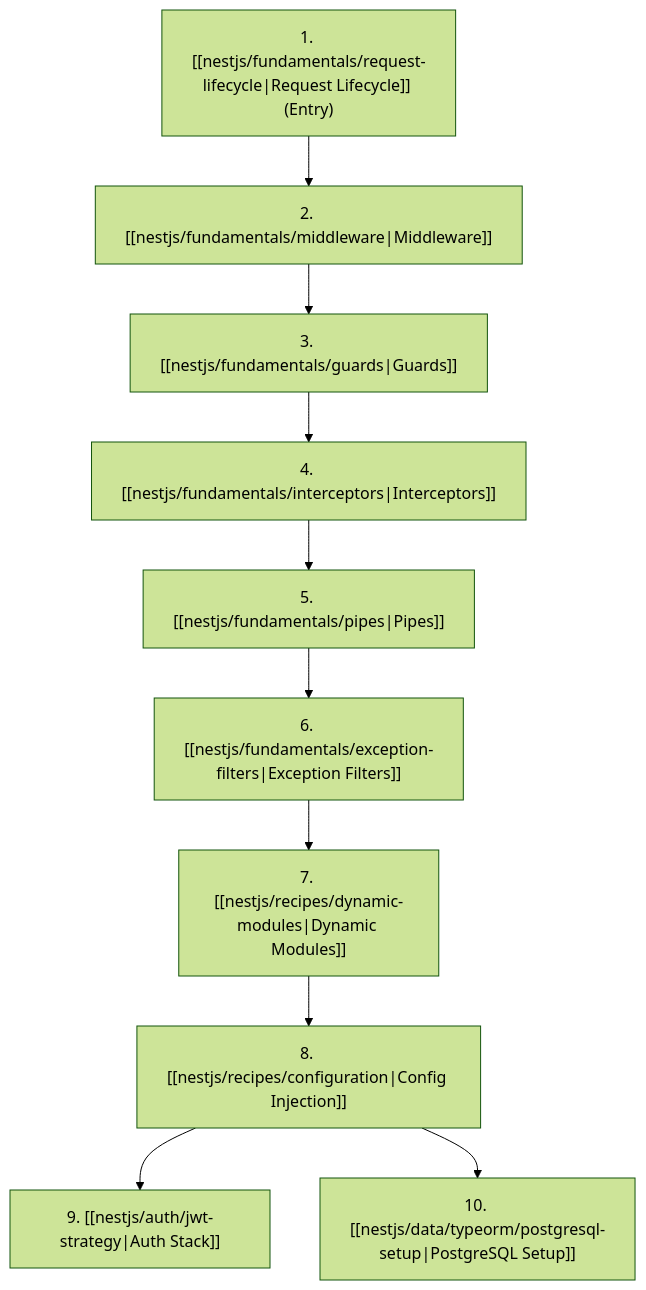
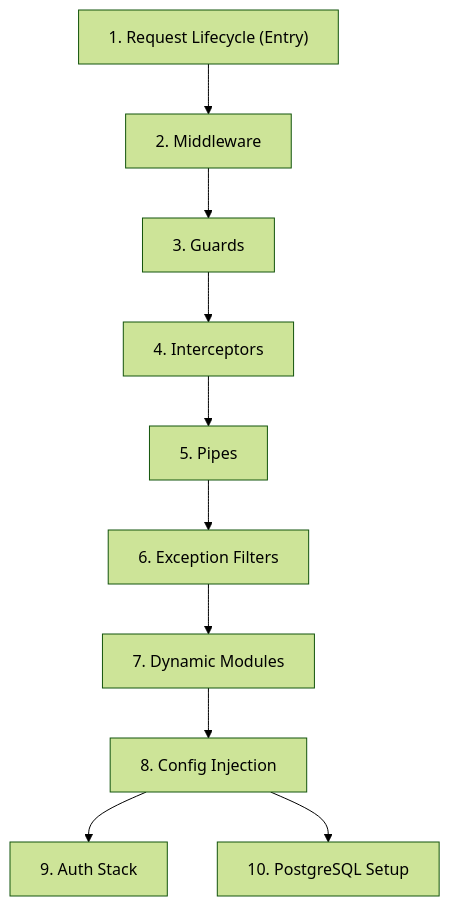
One commit to LOsioChico/knowledge-base changed the diagram in sites/docs/src/content/docs/nestjs/index.mdx. Above: the diagram before and after it, drawn with Mermaid (forest theme). The commit also changed other lines of this file and 32 other files, not shown here.

````diff
--- a/sites/docs/src/content/docs/nestjs/index.mdx
+++ b/sites/docs/src/content/docs/nestjs/index.mdx
@@ -22,12 +22,12 @@
 ```mermaid
 flowchart TD
-    RL["1. [[nestjs/fundamentals/request-lifecycle|Request Lifecycle]] (Entry)"] --> MW["2. [[nestjs/fundamentals/middleware|Middleware]]"]
-    MW --> G["3. [[nestjs/fundamentals/guards|Guards]]"]
-    G --> I["4. [[nestjs/fundamentals/interceptors|Interceptors]]"]
-    I --> P["5. [[nestjs/fundamentals/pipes|Pipes]]"]
-    P --> EF["6. [[nestjs/fundamentals/exception-filters|Exception Filters]]"]
-    EF --> DM["7. [[nestjs/recipes/dynamic-modules|Dynamic Modules]]"]
-    DM --> CFG["8. [[nestjs/recipes/configuration|Config Injection]]"]
-    CFG --> AUTH["9. [[nestjs/auth/jwt-strategy|Auth Stack]]"]
-    CFG --> DB["10. [[nestjs/data/typeorm/postgresql-setup|PostgreSQL Setup]]"]
+    RL["1. Request Lifecycle (Entry)"] --> MW["2. Middleware"]
+    MW --> G["3. Guards"]
+    G --> I["4. Interceptors"]
+    I --> P["5. Pipes"]
+    P --> EF["6. Exception Filters"]
+    EF --> DM["7. Dynamic Modules"]
+    DM --> CFG["8. Config Injection"]
+    CFG --> AUTH["9. Auth Stack"]
+    CFG --> DB["10. PostgreSQL Setup"]
 ```
````
